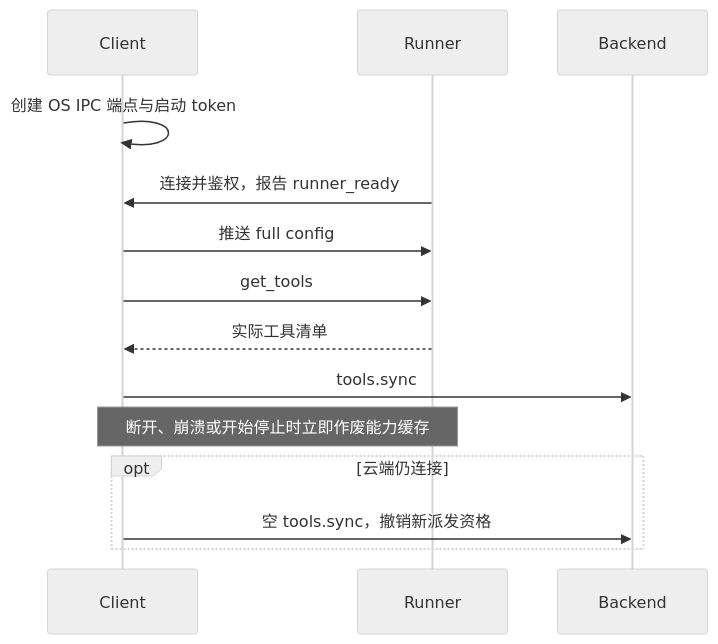
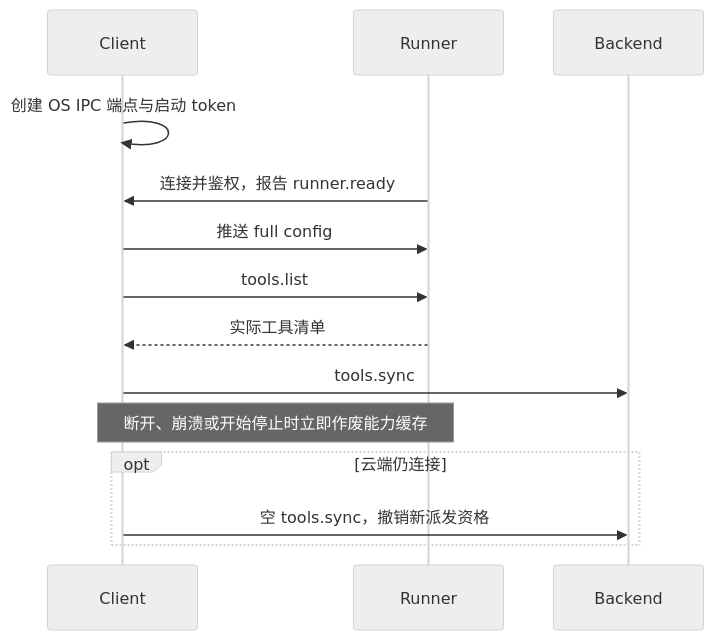
The second of 3 diagrams in docs/PROTOCOL.md (yangjinming1062/SpiritAgent), drawn with Mermaid (neutral theme) before and after one commit. The commit also changed other lines of this file and 248 other files, not shown here.

````diff
--- a/docs/PROTOCOL.md
+++ b/docs/PROTOCOL.md
@@ -460,16 +463,16 @@
 ```mermaid
 sequenceDiagram
     participant C as Client
     participant R as Runner
     participant B as Backend
     C->>C: 创建 OS IPC 端点与启动 token
-    R->>C: 连接并鉴权，报告 runner_ready
+    R->>C: 连接并鉴权，报告 runner.ready
     C->>R: 推送 full config
-    C->>R: get_tools
+    C->>R: tools.list
     R-->>C: 实际工具清单
     C->>B: tools.sync
     Note over C,R: 断开、崩溃或开始停止时立即作废能力缓存
     opt 云端仍连接
         C->>B: 空 tools.sync，撤销新派发资格
     end
 ```
````
